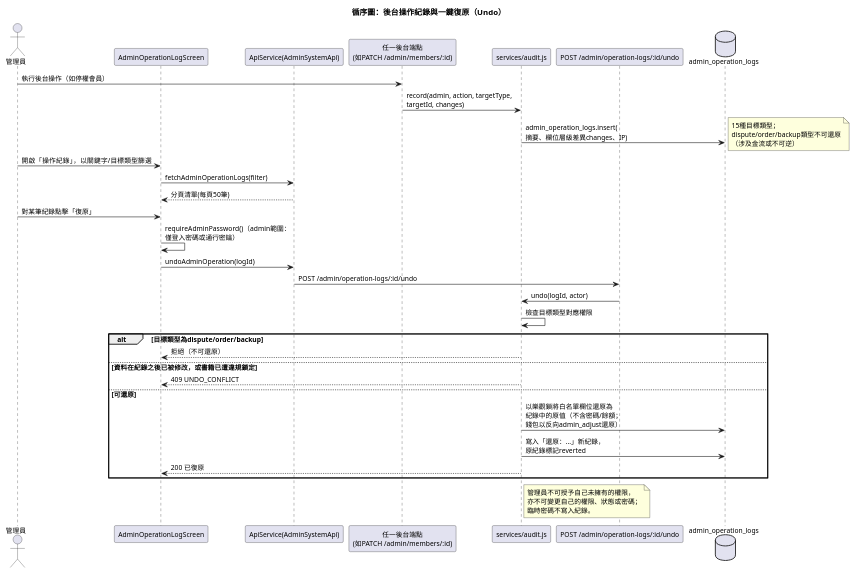
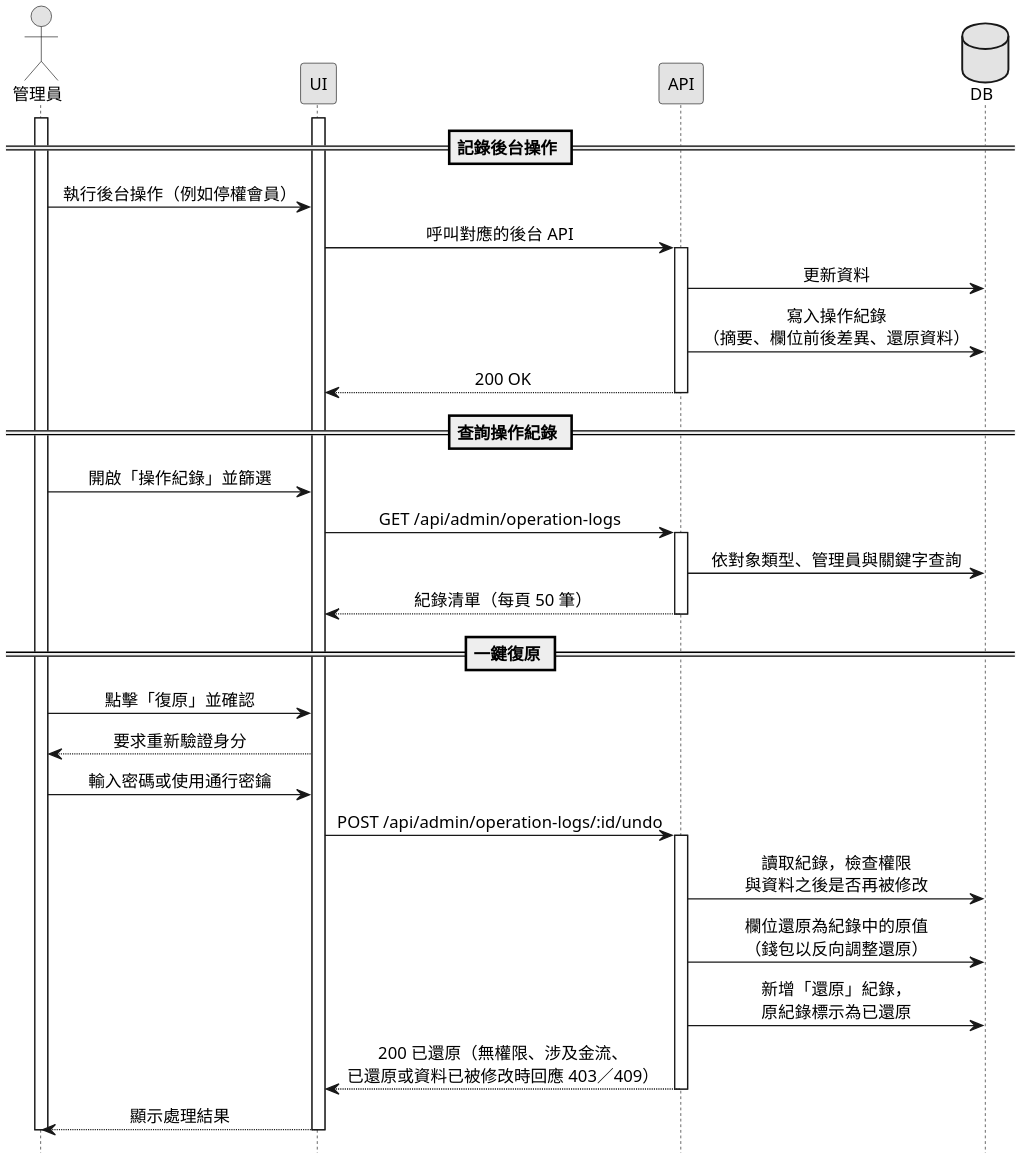
The diagram in Diagrams/Sequence Diagrams/v3/seq_admin_audit_undo.puml (SaveMyBook/SaveMyBook), drawn with PlantUML before and after one commit. The commit also changed 268 other files, not shown here.

```diff
--- a/Diagrams/Sequence Diagrams/v3/seq_admin_audit_undo.puml
+++ b/Diagrams/Sequence Diagrams/v3/seq_admin_audit_undo.puml
@@ -1,45 +1,49 @@
 @startuml
-!pragma layout smetana
-skinparam defaultFontName "Microsoft JhengHei"
-skinparam defaultFontSize 12
-title 循序圖：後台操作紀錄與一鍵復原（Undo）
+skinparam monochrome true
+skinparam shadowing false
+skinparam dpi 220
+skinparam defaultFontName "PingFang TC"
+skinparam defaultFontSize 13
+skinparam sequenceMessageAlign center
+skinparam ParticipantPadding 18
+hide footbox
 
-actor 管理員 as Admin
-participant "AdminOperationLogScreen" as UI
-participant "ApiService(AdminSystemApi)" as ApiSvc
-participant "任一後台端點\n(如PATCH /admin/members/:id)" as AdminRoute
-participant "services/audit.js" as AuditSvc
-participant "POST /admin/operation-logs/:id/undo" as UndoRoute
-database "admin_operation_logs" as DB
+actor 管理員
+participant UI
+participant API
+database DB
 
-Admin -> AdminRoute : 執行後台操作（如停權會員）
-AdminRoute -> AuditSvc : record(admin, action, targetType,\ntargetId, changes)
-AuditSvc -> DB : admin_operation_logs.insert(\n摘要、欄位層級差異changes、IP)
-note right: 15種目標類型；\ndispute/order/backup類型不可還原\n（涉及金流或不可逆）
+activate 管理員
+activate UI
+== 記錄後台操作 ==
+管理員 -> UI : 執行後台操作（例如停權會員）
+UI -> API : 呼叫對應的後台 API
+activate API
+API -> DB : 更新資料
+API -> DB : 寫入操作紀錄\n（摘要、欄位前後差異、還原資料）
+API --> UI : 200 OK
+deactivate API
 
-Admin -> UI : 開啟「操作紀錄」，以關鍵字/目標類型篩選
-UI -> ApiSvc : fetchAdminOperationLogs(filter)
-ApiSvc --> UI : 分頁清單(每頁50筆)
+== 查詢操作紀錄 ==
+管理員 -> UI : 開啟「操作紀錄」並篩選
+UI -> API : GET /api/admin/operation-logs
+activate API
+API -> DB : 依對象類型、管理員與關鍵字查詢
+API --> UI : 紀錄清單（每頁 50 筆）
+deactivate API
 
-Admin -> UI : 對某筆紀錄點擊「復原」
-UI -> UI : requireAdminPassword()（admin範圍：\n僅登入密碼或通行密鑰）
-UI -> ApiSvc : undoAdminOperation(logId)
-ApiSvc -> UndoRoute : POST /admin/operation-logs/:id/undo
-UndoRoute -> AuditSvc : undo(logId, actor)
-AuditSvc -> AuditSvc : 檢查目標類型對應權限
-alt 目標類型為dispute/order/backup
-  AuditSvc --> UI : 拒絕（不可還原）
-else 資料在紀錄之後已被修改，或書籍已遭違規鎖定
-  AuditSvc --> UI : 409 UNDO_CONFLICT
-else 可還原
-  AuditSvc -> DB : 以樂觀鎖將白名單欄位還原為\n紀錄中的原值（不含密碼/餘額；\n錢包以反向admin_adjust還原）
-  AuditSvc -> DB : 寫入「還原：…」新紀錄，\n原紀錄標記reverted
-  AuditSvc --> UI : 200 已復原
-end
-
-note right of AuditSvc
-  管理員不可授予自己未擁有的權限，
-  亦不可變更自己的權限、狀態或密碼；
-  臨時密碼不寫入紀錄。
-end note
+== 一鍵復原 ==
+管理員 -> UI : 點擊「復原」並確認
+UI --> 管理員 : 要求重新驗證身分
+管理員 -> UI : 輸入密碼或使用通行密鑰
+UI -> API : POST /api/admin/operation-logs/:id/undo
+activate API
+API -> DB : 讀取紀錄，檢查權限\n與資料之後是否再被修改
+API -> DB : 欄位還原為紀錄中的原值\n（錢包以反向調整還原）
+API -> DB : 新增「還原」紀錄，\n原紀錄標示為已還原
+API --> UI : 200 已還原（無權限、涉及金流、\n已還原或資料已被修改時回應 403／409）
+deactivate API
+UI --> 管理員 : 顯示處理結果
+deactivate UI
+deactivate 管理員
 @enduml
```
